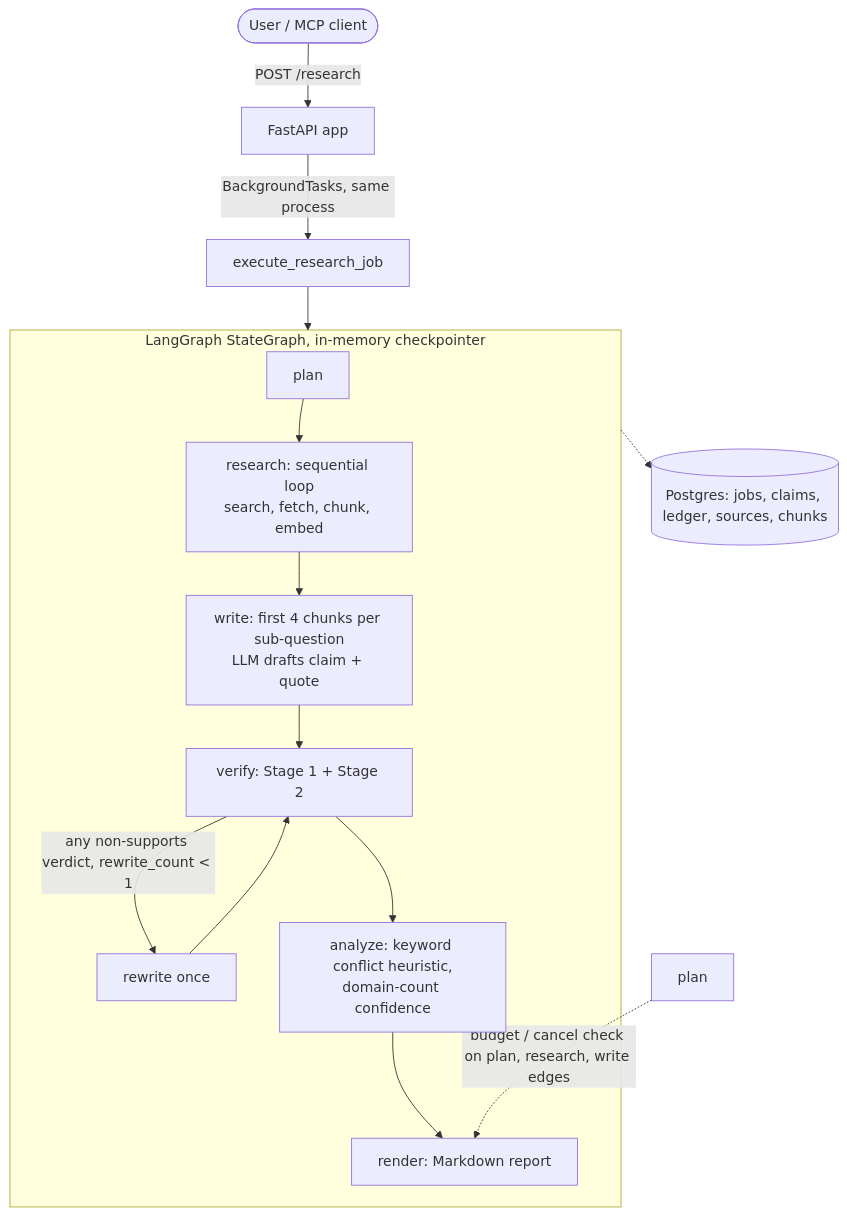
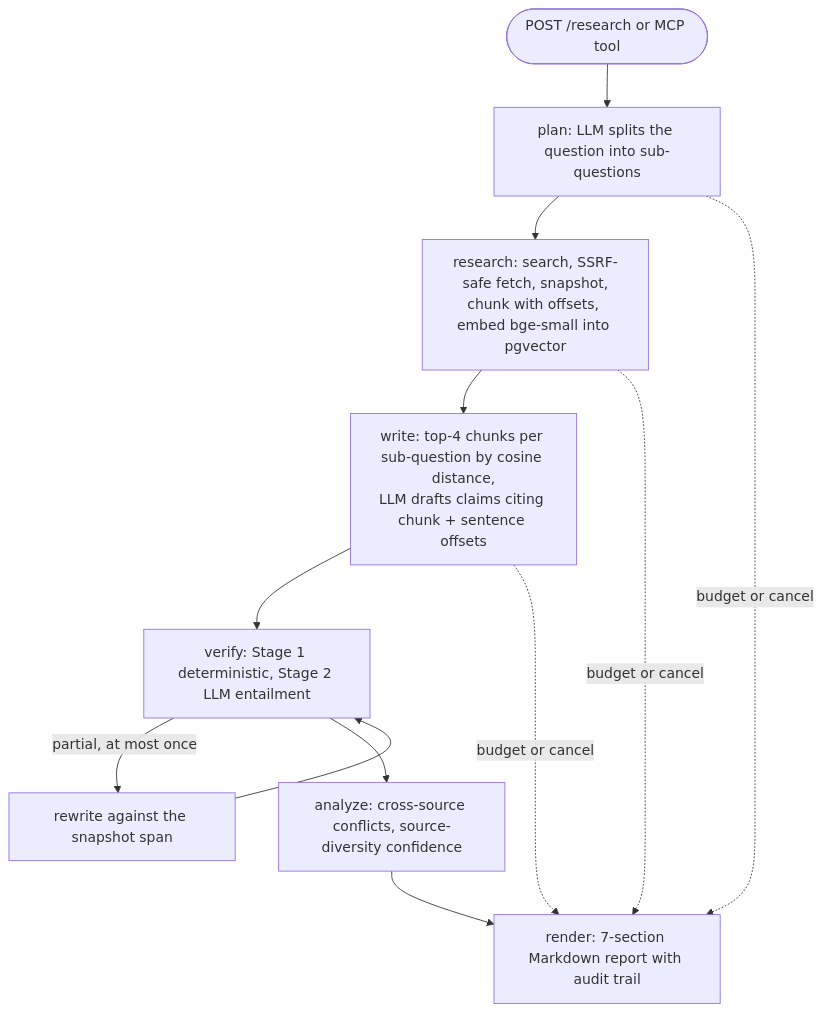
Before and after one commit to abhishekkamble12/NotePlace: the diagram in Research_notebook_project/README.md, drawn with Mermaid. The commit also changed other lines of this file and 13 other files, not shown here.

````diff
--- a/Research_notebook_project/README.md
+++ b/Research_notebook_project/README.md
@@ -13,19 +20,14 @@
 ```mermaid
 flowchart TD
-    User([User / MCP client]) -->|POST /research| API[FastAPI app]
-    API -->|BackgroundTasks, same process| Run[execute_research_job]
-    Run --> Graph
-
-    subgraph Graph [LangGraph StateGraph, in-memory checkpointer]
-        Plan[plan] --> Research[research: sequential loop<br/>search, fetch, chunk, embed]
-        Research --> Write[write: first 4 chunks per sub-question<br/>LLM drafts claim + quote]
-        Write --> Verify[verify: Stage 1 + Stage 2]
-        Verify -->|any non-supports verdict, rewrite_count < 1| Rewrite[rewrite once]
-        Rewrite --> Verify
-        Verify --> Analyze[analyze: keyword conflict heuristic,<br/>domain-count confidence]
-        Analyze --> Render[render: Markdown report]
-    end
-
-    Graph -.-> Ledger[(Postgres: jobs, claims, ledger, sources, chunks)]
-    plan -.->|budget / cancel check on plan, research, write edges| Render
+    Q([POST /research or MCP tool]) --> Plan[plan: LLM splits the question into sub-questions]
+    Plan --> Research[research: search, SSRF-safe fetch, snapshot,<br/>chunk with offsets, embed bge-small into pgvector]
+    Research --> Write[write: top-4 chunks per sub-question by cosine distance,<br/>LLM drafts claims citing chunk + sentence offsets]
+    Write --> Verify[verify: Stage 1 deterministic, Stage 2 LLM entailment]
+    Verify -->|partial, at most once| Rewrite[rewrite against the snapshot span]
+    Rewrite --> Verify
+    Verify --> Analyze[analyze: cross-source conflicts, source-diversity confidence]
+    Analyze --> Render[render: 7-section Markdown report with audit trail]
+    Plan -. budget or cancel .-> Render
+    Research -. budget or cancel .-> Render
+    Write -. budget or cancel .-> Render
 ```
````
